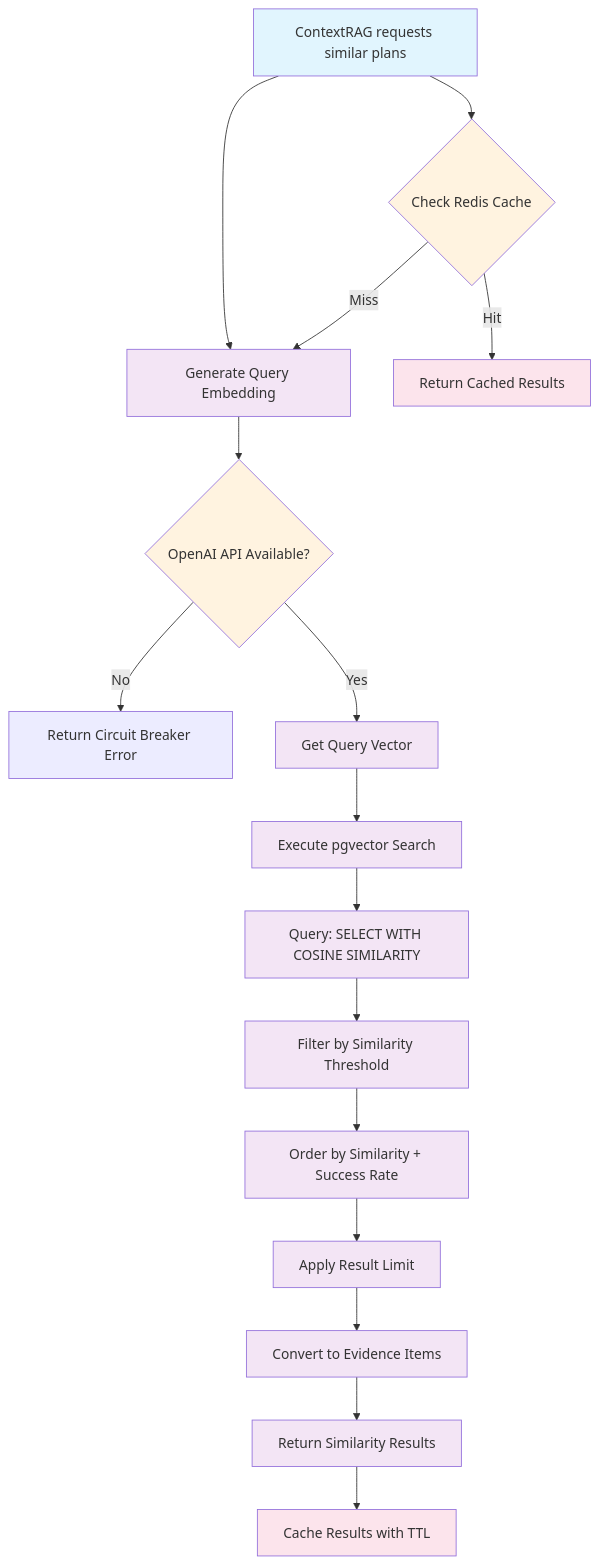
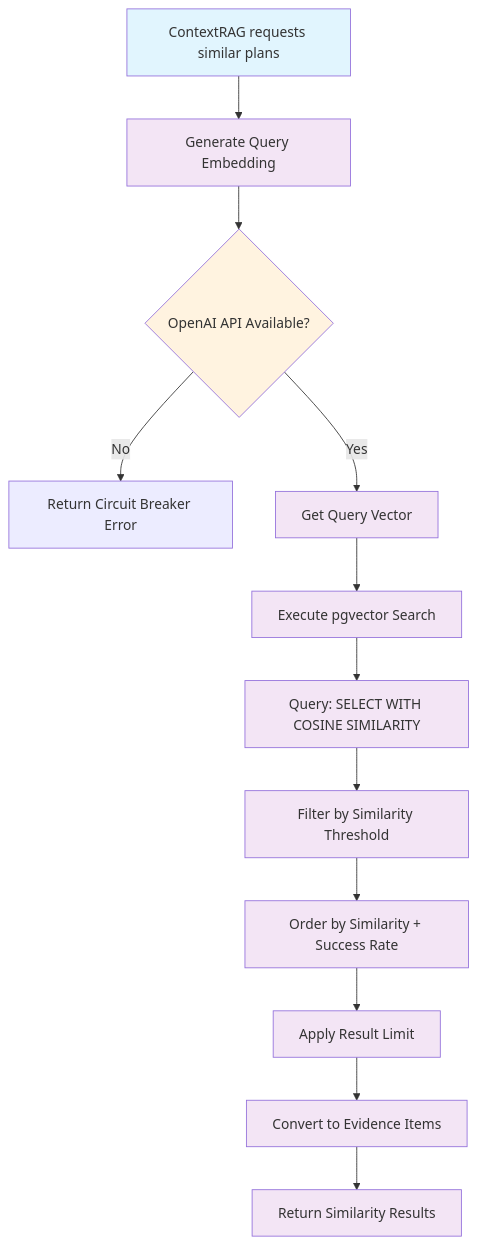
The second of 8 diagrams in components/PlanLibrary/diagrams/flow.md (AnantshreeChandola/Aexor), drawn with Mermaid before and after one commit. The commit also changed other lines of this file and 38 other files, not shown here.

````diff
--- a/components/PlanLibrary/diagrams/flow.md
+++ b/components/PlanLibrary/diagrams/flow.md
@@ -43,35 +43,24 @@
 ```mermaid
 graph TD
     A[ContextRAG requests similar plans] --> B[Generate Query Embedding]
     B --> C{OpenAI API Available?}
     C -->|No| D[Return Circuit Breaker Error]
     C -->|Yes| E[Get Query Vector]
     E --> F[Execute pgvector Search]
     F --> G[Query: SELECT WITH COSINE SIMILARITY]
     G --> H[Filter by Similarity Threshold]
     H --> I[Order by Similarity + Success Rate]
     I --> J[Apply Result Limit]
     J --> K[Convert to Evidence Items]
     K --> L[Return Similarity Results]
-    
-    %% Cache check branch
-    A --> M{Check Redis Cache}
-    M -->|Hit| N[Return Cached Results]
-    M -->|Miss| B
-    
-    %% Store results in cache
-    L --> O[Cache Results with TTL]
-    
+
     %% Styling
     classDef start fill:#e1f5fe
     classDef decision fill:#fff3e0
     classDef process fill:#f3e5f5
     classDef storage fill:#e8f5e8
-    classDef cache fill:#fce4ec
-    
+
     class A start
-    class C,M decision
+    class C decision
     class B,E,F,G,H,I,J,K,L process
-    class O storage
-    class N,O cache
 ```
````
